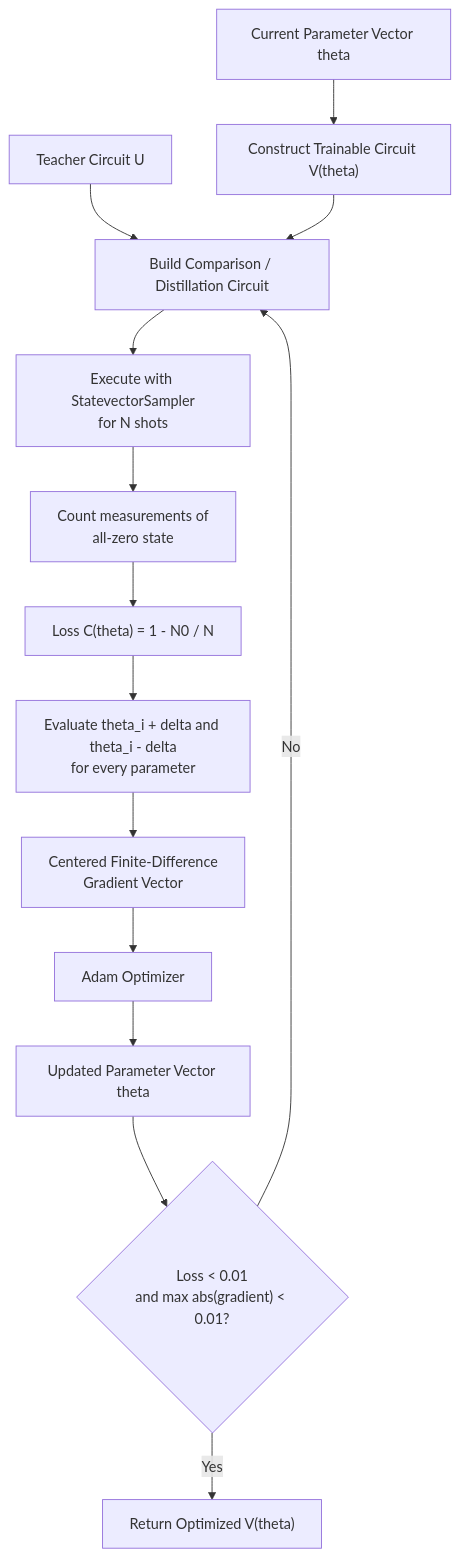
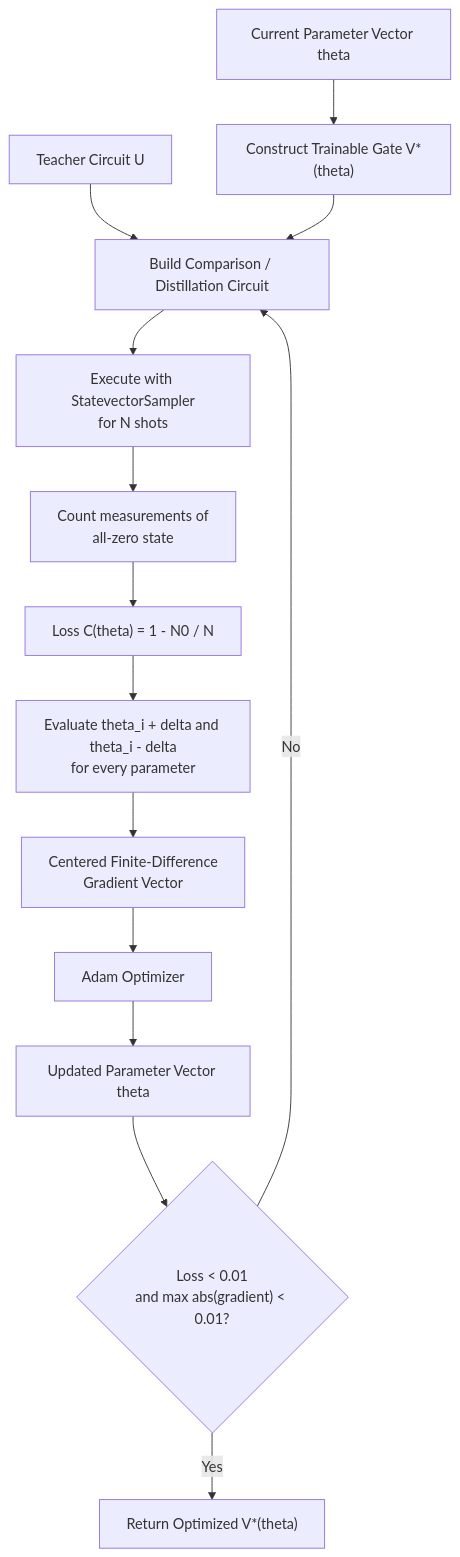
Before and after one commit to DriftingOtter/QAQC: the diagram in README.md, drawn with Mermaid. The commit also changed other lines of this file, not shown here.

````diff
--- a/README.md
+++ b/README.md
@@ -16,19 +16,19 @@
 ```mermaid
 flowchart TD
     U["Teacher Circuit U"] --> DC["Build Comparison / Distillation Circuit"]
-    T["Current Parameter Vector theta"] --> V["Construct Trainable Circuit V(theta)"]
+    T["Current Parameter Vector theta"] --> V["Construct Trainable Gate V*(theta)"]
     V --> DC
 
     DC --> S["Execute with StatevectorSampler<br/>for N shots"]
     S --> P["Count measurements of<br/>all-zero state"]
     P --> L["Loss C(theta) = 1 - N0 / N"]
 
     L --> FD["Evaluate theta_i + delta and theta_i - delta<br/>for every parameter"]
     FD --> G["Centered Finite-Difference<br/>Gradient Vector"]
     G --> A["Adam Optimizer"]
     A --> T2["Updated Parameter Vector theta"]
 
     T2 --> STOP{"Loss &lt; 0.01<br/>and max abs(gradient) &lt; 0.01?"}
     STOP -- "No" --> DC
-    STOP -- "Yes" --> OUT["Return Optimized V(theta)"]
+    STOP -- "Yes" --> OUT["Return Optimized V*(theta)"]
 ```
````
